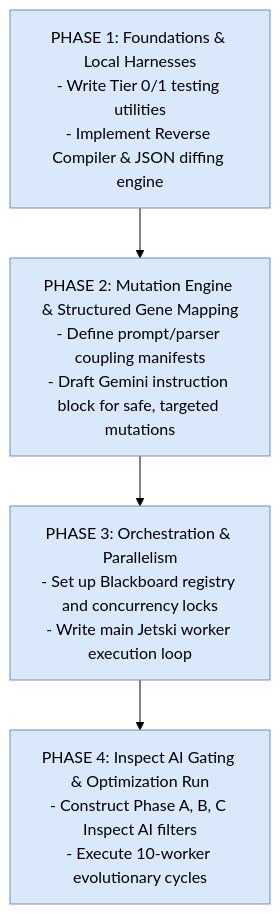
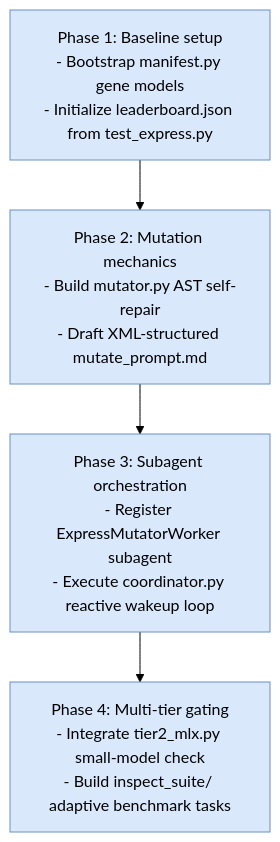
One commit to gspencergoog/A2UI changed the third of 3 diagrams in specification/v1_0/express/evolve_express.md. Above: the diagram before and after it, drawn with Mermaid (forest theme). The commit also changed other lines of this file, not shown here.

Commit message:
Refine evolve_express.md with concrete implementation roadmap and directory layout

````diff
--- a/specification/v1_0/express/evolve_express.md
+++ b/specification/v1_0/express/evolve_express.md
@@ -155,16 +188,16 @@
 ```mermaid
 graph TD
-    P1[PHASE 1: Foundations & Local Harnesses<br/>- Write Tier 0/1 testing utilities<br/>- Implement Reverse Compiler & JSON diffing engine]
-    P2[PHASE 2: Mutation Engine & Structured Gene Mapping<br/>- Define prompt/parser coupling manifests<br/>- Draft Gemini instruction block for safe, targeted mutations]
-    P3[PHASE 3: Orchestration & Parallelism<br/>- Set up Blackboard registry and concurrency locks<br/>- Write main Jetski worker execution loop]
-    P4[PHASE 4: Inspect AI Gating & Optimization Run<br/>- Construct Phase A, B, C Inspect AI filters<br/>- Execute 10-worker evolutionary cycles]
+    P1[Phase 1: Baseline setup<br/>- Bootstrap manifest.py gene models<br/>- Initialize leaderboard.json from test_express.py]
+    P2[Phase 2: Mutation mechanics<br/>- Build mutator.py AST self-repair<br/>- Draft XML-structured mutate_prompt.md]
+    P3[Phase 3: Subagent orchestration<br/>- Register ExpressMutatorWorker subagent<br/>- Execute coordinator.py reactive wakeup loop]
+    P4[Phase 4: Multi-tier gating<br/>- Integrate tier2_mlx.py small-model check<br/>- Build inspect_suite/ adaptive benchmark tasks]
 
     P1 --> P2
     P2 --> P3
     P3 --> P4
 
     style P1 fill:#dae8fc,stroke:#6c8ebf
     style P2 fill:#dae8fc,stroke:#6c8ebf
     style P3 fill:#dae8fc,stroke:#6c8ebf
     style P4 fill:#dae8fc,stroke:#6c8ebf
 ```
````
